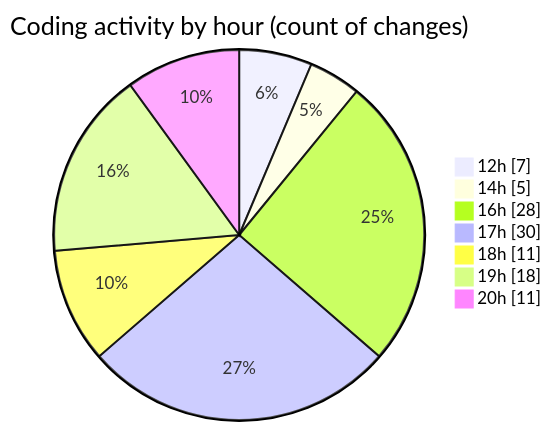
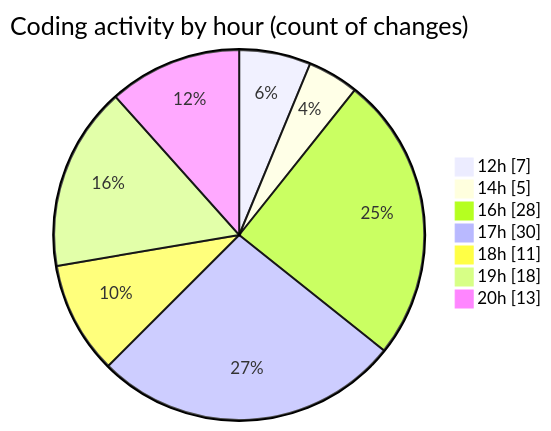
Before and after one commit to julien-gomy/code-tracking: the second of 2 diagrams in 2025-10-06/eventscop-frontend-guide__workspace_/README.md, drawn with Mermaid. The commit also changed other lines of this file and 1 other file, not shown here.

````diff
--- a/2025-10-06/eventscop-frontend-guide__workspace_/README.md
+++ b/2025-10-06/eventscop-frontend-guide__workspace_/README.md
@@ -64,11 +64,11 @@
 ```mermaid
 pie showData
 title Coding activity by hour (count of changes)
 "12h" : 7
 "14h" : 5
 "16h" : 28
 "17h" : 30
 "18h" : 11
 "19h" : 18
-"20h" : 11
+"20h" : 13
 ```
````
